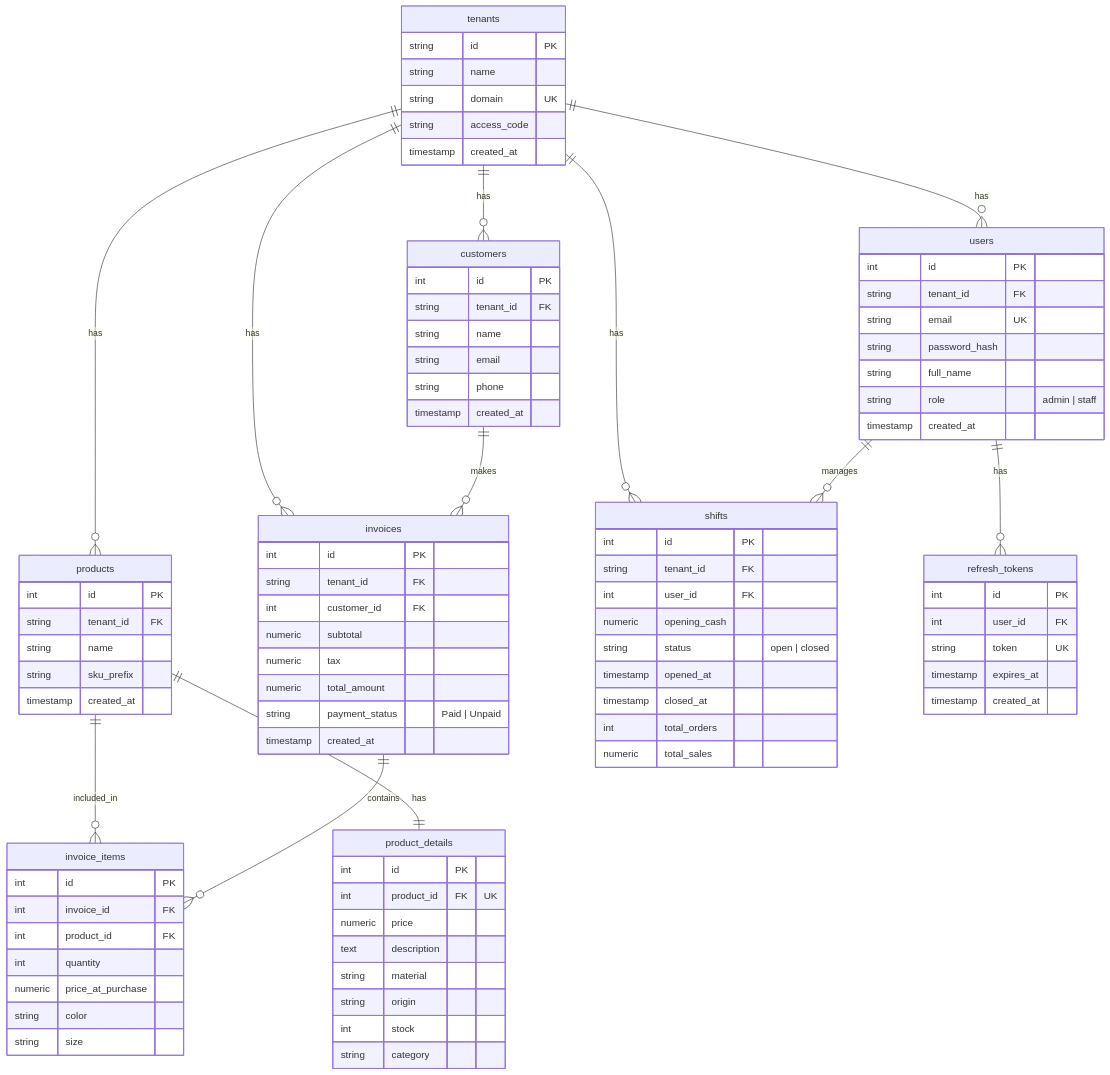
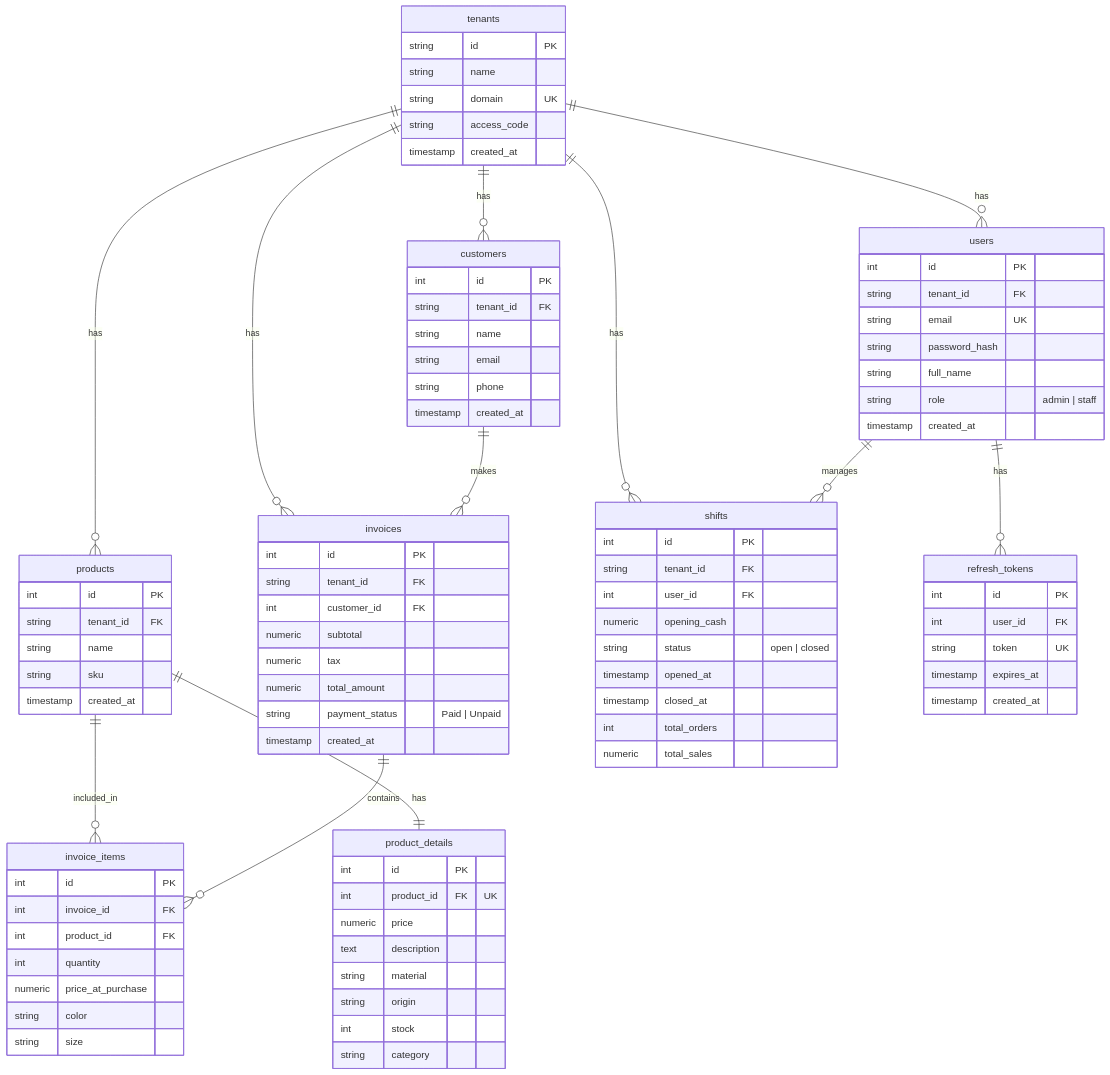
Before and after one commit to thdanhnguyen/aws-web-project: the diagram in diagram-db.md, drawn with Mermaid. The commit also changed 4 other files, not shown here.

```diff
--- a/diagram-db.md
+++ b/diagram-db.md
@@ -65,7 +65,7 @@
         int id PK
         string tenant_id FK
         string name
-        string sku_prefix
+        string sku
         timestamp created_at
     }
 
```
